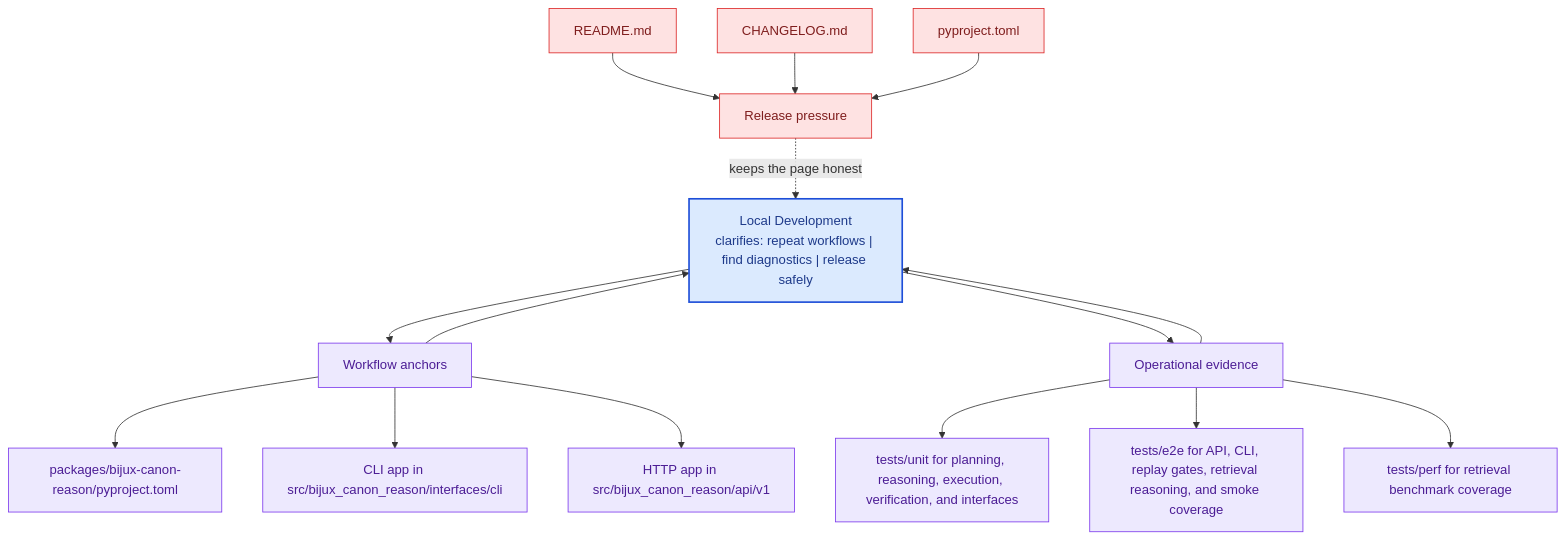
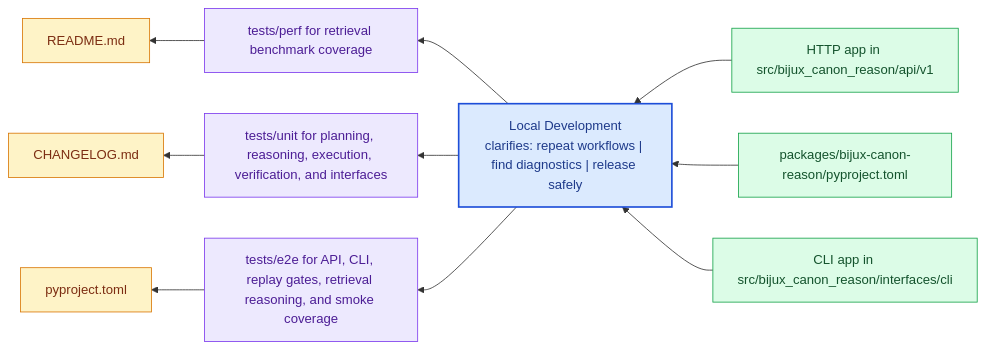
Before and after one commit to bijux/bijux-canon: the diagram in docs/bijux-canon-reason/operations/local-development.md, drawn with Mermaid. The commit also changed other lines of this file and 281 other files, not shown here.

Commit message:
docs(diagrams): replace repeated mermaid scaffolds with page-specific summaries

````diff
--- a/docs/bijux-canon-reason/operations/local-development.md
+++ b/docs/bijux-canon-reason/operations/local-development.md
@@ -68,41 +23,31 @@
 ```mermaid
-flowchart TB
-    promise["Local Development<br/>clarifies: repeat workflows | find diagnostics | release safely"]
-    classDef promise fill:#dbeafe,stroke:#1d4ed8,color:#1e3a8a,stroke-width:2px;
-    classDef driver fill:#dcfce7,stroke:#16a34a,color:#14532d;
-    classDef constraint fill:#fee2e2,stroke:#dc2626,color:#7f1d1d;
-    classDef ground fill:#ede9fe,stroke:#7c3aed,color:#4c1d95;
-    focus1["Workflow anchors"]
-    focus1 --> promise
-    promise --> focus1
-    focus1_1["packages/bijux-canon-reason/pyproject.toml"]
-    focus1 --> focus1_1
-    focus1_2["CLI app in src/bijux_canon_reason/interfaces/cli"]
-    focus1 --> focus1_2
-    focus1_3["HTTP app in src/bijux_canon_reason/api/v1"]
-    focus1 --> focus1_3
-    class focus1 ground;
-    class focus1_1,focus1_2,focus1_3 ground;
-    focus2["Operational evidence"]
-    focus2 --> promise
-    promise --> focus2
-    focus2_1["tests/unit for planning, reasoning, execution, verification, and interfaces"]
-    focus2 --> focus2_1
-    focus2_2["tests/e2e for API, CLI, replay gates, retrieval reasoning, and smoke coverage"]
-    focus2 --> focus2_2
-    focus2_3["tests/perf for retrieval benchmark coverage"]
-    focus2 --> focus2_3
-    class focus2 ground;
-    class focus2_1,focus2_2,focus2_3 ground;
-    focus3["Release pressure"]
-    focus3 -.keeps the page honest.-> promise
-    focus3_1["README.md"]
-    focus3_1 --> focus3
-    focus3_2["CHANGELOG.md"]
-    focus3_2 --> focus3
-    focus3_3["pyproject.toml"]
-    focus3_3 --> focus3
-    class focus3 constraint;
-    class focus3_1,focus3_2,focus3_3 constraint;
-    class promise promise;
+flowchart RL
+    page["Local Development<br/>clarifies: repeat workflows | find diagnostics | release safely"]
+    classDef page fill:#dbeafe,stroke:#1d4ed8,color:#1e3a8a,stroke-width:2px;
+    classDef positive fill:#dcfce7,stroke:#16a34a,color:#14532d;
+    classDef caution fill:#fee2e2,stroke:#dc2626,color:#7f1d1d;
+    classDef anchor fill:#ede9fe,stroke:#7c3aed,color:#4c1d95;
+    classDef action fill:#fef3c7,stroke:#d97706,color:#7c2d12;
+    step1["HTTP app in src/bijux_canon_reason/api/v1"]
+    step1 --> page
+    step2["packages/bijux-canon-reason/pyproject.toml"]
+    step2 --> page
+    step3["CLI app in src/bijux_canon_reason/interfaces/cli"]
+    step3 --> page
+    run1["tests/perf for retrieval benchmark coverage"]
+    page --> run1
+    run2["tests/unit for planning, reasoning, execution, verification, and interfaces"]
+    page --> run2
+    run3["tests/e2e for API, CLI, replay gates, retrieval reasoning, and smoke coverage"]
+    page --> run3
+    release1["README.md"]
+    run1 --> release1
+    release2["CHANGELOG.md"]
+    run2 --> release2
+    release3["pyproject.toml"]
+    run3 --> release3
+    class page page;
+    class step1,step2,step3 positive;
+    class run1,run2,run3 anchor;
+    class release1,release2,release3 action;
 ```
````
